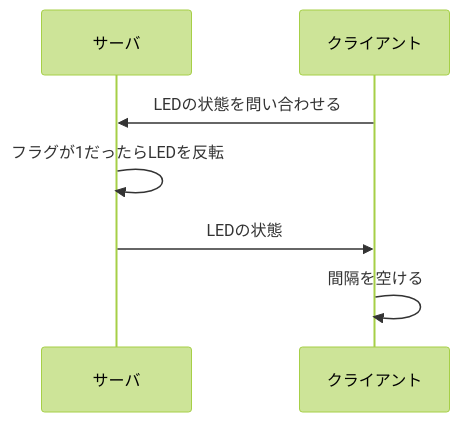
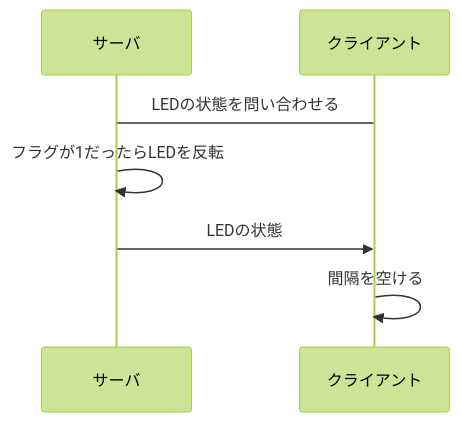
One commit to asa1729/webpro_06 changed the fifth of 5 diagrams in README.md. Above: the diagram before and after it, drawn with Mermaid (forest theme).

````diff
--- a/README.md
+++ b/README.md
@@ -298,12 +298,12 @@
 ```mermaid
 sequenceDiagram
     participant A as サーバ
     participant B as クライアント
 
 
-    B->>A: LEDの状態を問い合わせる
+    B->A: LEDの状態を問い合わせる
     A->>A: フラグが1だったらLEDを反転
     A->>B: LEDの状態
     B->>B: 間隔を空ける
 
 ```
````
